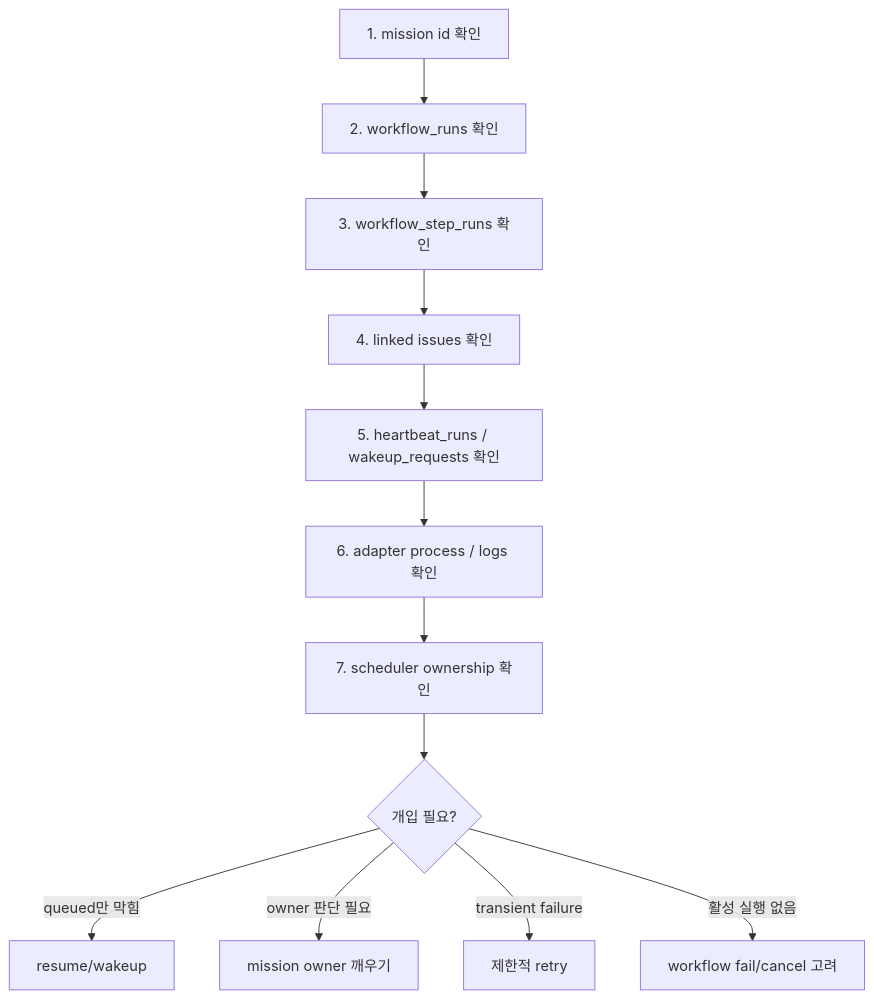
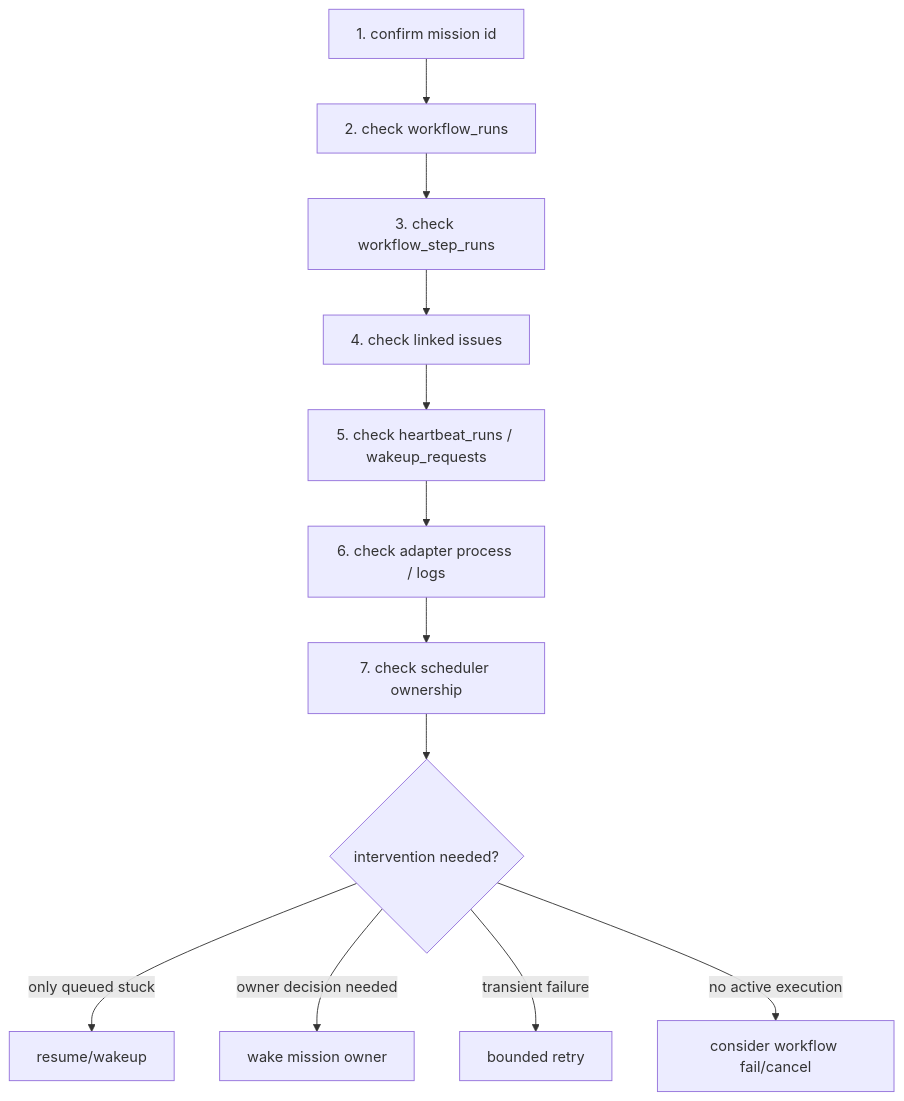
One commit to insightflo/papercompany-runtime changed the tenth of 17 diagrams in docs/guides/agent-developer/mission-workflow-runtime.md. Above: the diagram before and after it, drawn with Mermaid. The commit also changed other lines of this file and 173 other files, not shown here.

````diff
--- a/docs/guides/agent-developer/mission-workflow-runtime.md
+++ b/docs/guides/agent-developer/mission-workflow-runtime.md
@@ -302,14 +257,14 @@
 ```mermaid
 flowchart TD
-  M["1. mission id 확인"] --> W["2. workflow_runs 확인"]
-  W --> S["3. workflow_step_runs 확인"]
-  S --> I["4. linked issues 확인"]
-  I --> H["5. heartbeat_runs / wakeup_requests 확인"]
-  H --> P["6. adapter process / logs 확인"]
-  P --> O["7. scheduler ownership 확인"]
-  O --> D{"개입 필요?"}
-  D -- "queued만 막힘" --> A["resume/wakeup"]
-  D -- "owner 판단 필요" --> B["mission owner 깨우기"]
-  D -- "transient failure" --> C["제한적 retry"]
-  D -- "활성 실행 없음" --> E["workflow fail/cancel 고려"]
+  M["1. confirm mission id"] --> W["2. check workflow_runs"]
+  W --> S["3. check workflow_step_runs"]
+  S --> I["4. check linked issues"]
+  I --> H["5. check heartbeat_runs / wakeup_requests"]
+  H --> P["6. check adapter process / logs"]
+  P --> O["7. check scheduler ownership"]
+  O --> D{"intervention needed?"}
+  D -- "only queued stuck" --> A["resume/wakeup"]
+  D -- "owner decision needed" --> B["wake mission owner"]
+  D -- "transient failure" --> C["bounded retry"]
+  D -- "no active execution" --> E["consider workflow fail/cancel"]
 ```
````
